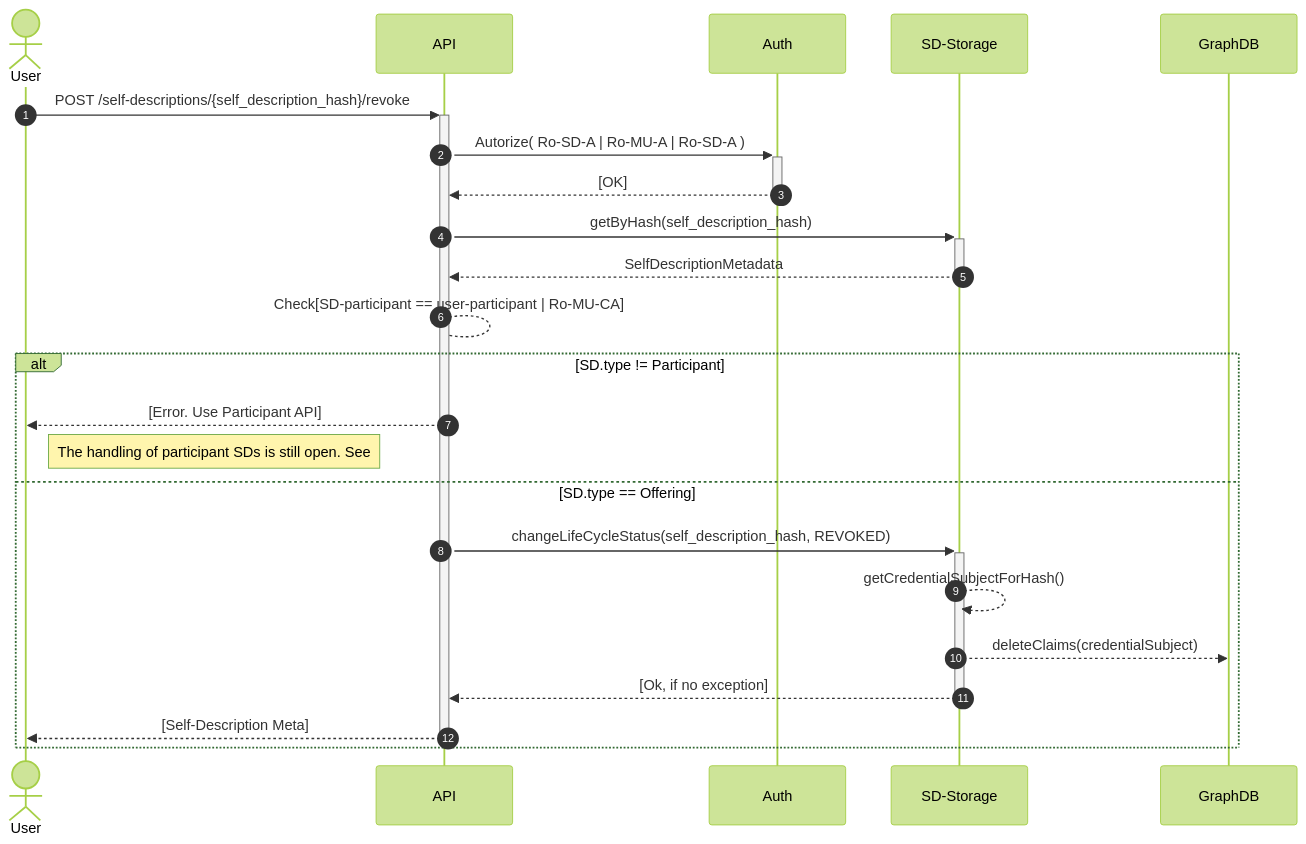
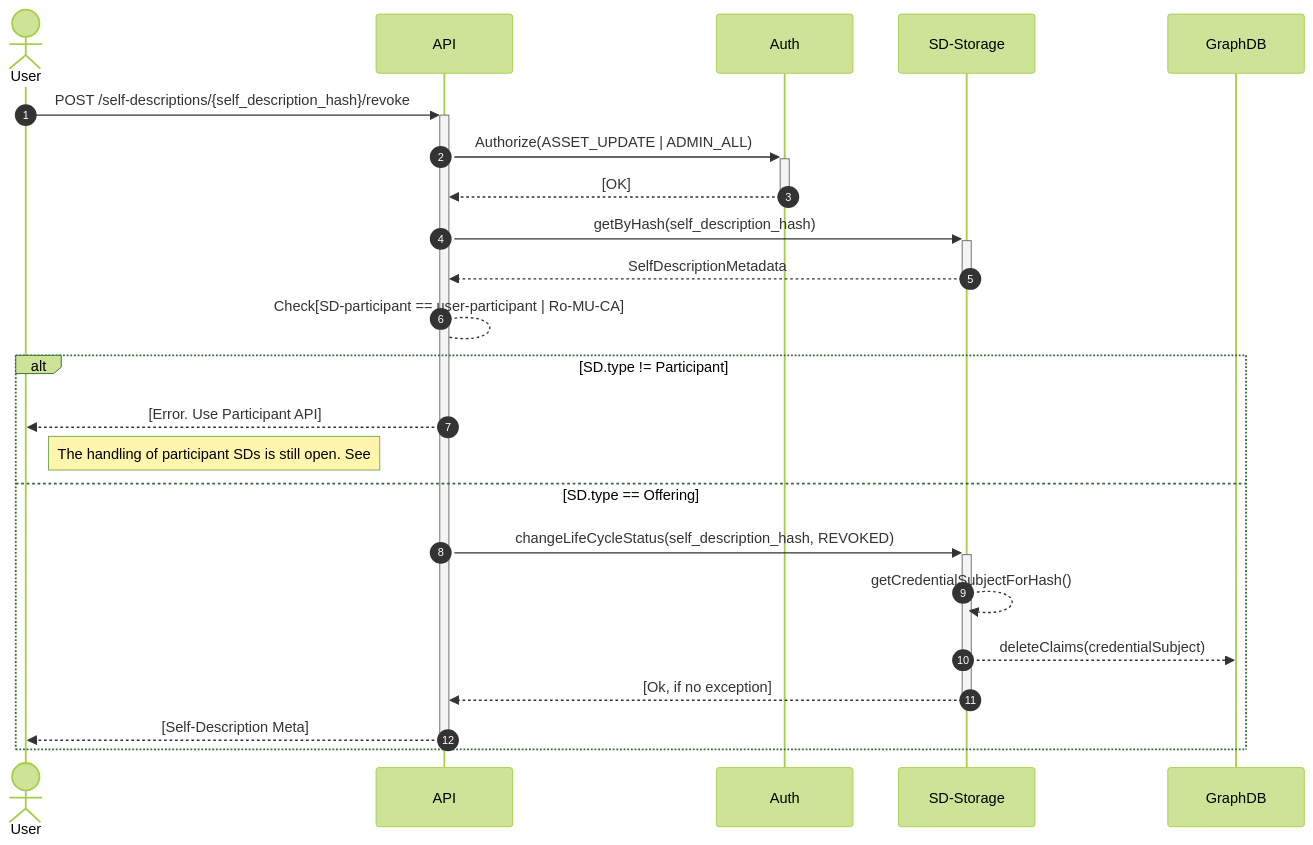
One commit to federated-catalogue-enhancements-2026/docs changed diagram 19 of 34 in federated-catalogue/src/docs/architecture/chapters/06_runtime_view.adoc. Above: the diagram before and after it, drawn with Mermaid (forest theme). The commit also changed other lines of this file and 2 other files, not shown here.

```diff
--- a/federated-catalogue/src/docs/architecture/chapters/06_runtime_view.adoc
+++ b/federated-catalogue/src/docs/architecture/chapters/06_runtime_view.adoc
@@ -655,25 +667,25 @@
 [mermaid, width=2000]
 ....
 sequenceDiagram
     autonumber
     actor User
     participant API
     participant Auth
     participant SDStore as SD-Storage
     User ->> + API:POST /self-descriptions/{self_description_hash}/revoke
-    API ->> + Auth:Autorize( Ro-SD-A | Ro-MU-A | Ro-SD-A )
+    API ->> + Auth:Authorize(ASSET_UPDATE | ADMIN_ALL)
     Auth -->> - API:[OK]
     API ->> + SDStore: getByHash(self_description_hash)
     SDStore -->> - API: SelfDescriptionMetadata
     API --> API:Check[SD-participant == user-participant | Ro-MU-CA]
     alt SD.type != Participant
         API -->> User: [Error. Use Participant API]
         Note right of User: The handling of participant SDs is still open. See #6
     else SD.type == Offering
         API ->> + SDStore: changeLifeCycleStatus(self_description_hash, REVOKED)
         SDStore -->> SDStore: getCredentialSubjectForHash()
         SDStore -->> GraphDB: deleteClaims(credentialSubject)
         SDStore -->> - API: [Ok, if no exception]
         API -->> - User:[Self-Description Meta]
     end
 ....
```
